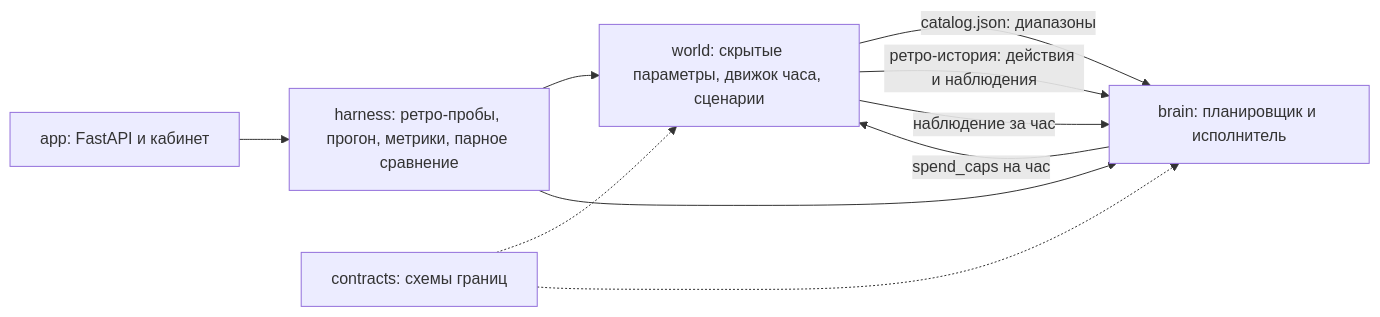
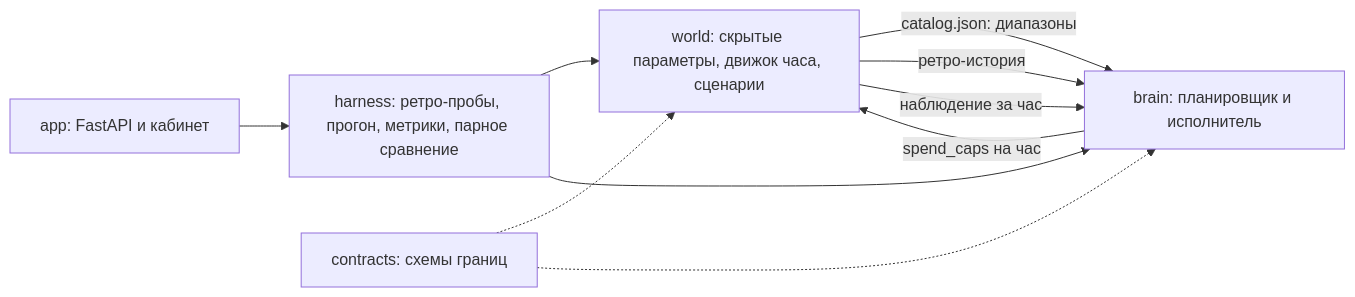
One commit to avanturer/mediaplan-optimizer changed the diagram in docs/PROJECT.md. Above: the diagram before and after it, drawn with Mermaid. The commit also changed other lines of this file and 2 other files, not shown here.

````diff
--- a/docs/PROJECT.md
+++ b/docs/PROJECT.md
@@ -69,12 +78,12 @@
 ```mermaid
 flowchart LR
   W[world: скрытые параметры, движок часа, сценарии] -->|catalog.json: диапазоны| B[brain: планировщик и исполнитель]
-  W -->|ретро-история: действия и наблюдения| B
+  W -->|ретро-история| B
   B -->|spend_caps на час| W
   W -->|наблюдение за час| B
   H[harness: ретро-пробы, прогон, метрики, парное сравнение] --> W
   H --> B
   A[app: FastAPI и кабинет] --> H
   C[contracts: схемы границ] -.-> W
   C -.-> B
 ```
````
